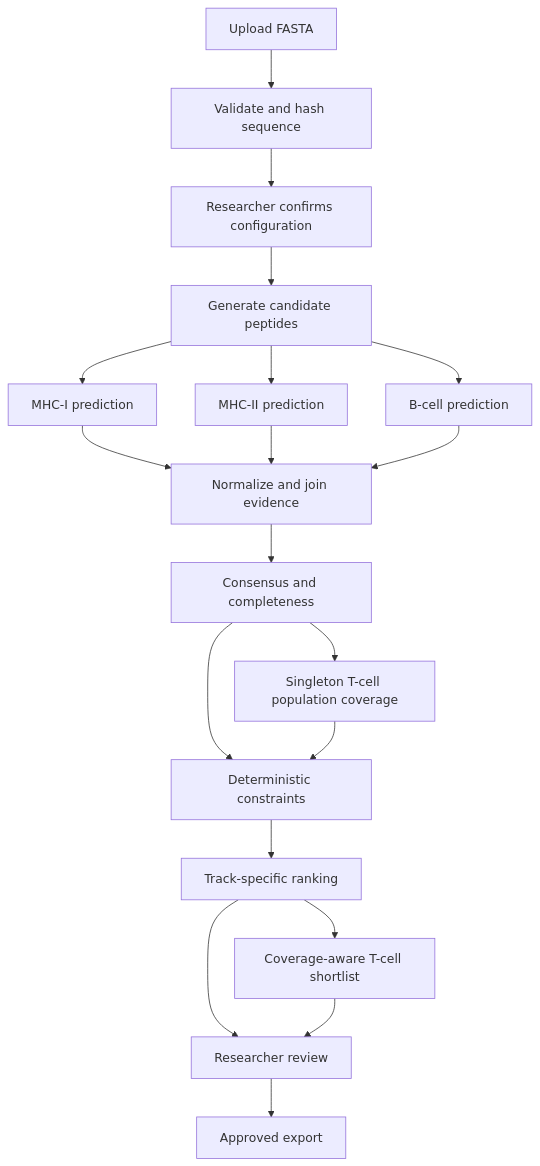
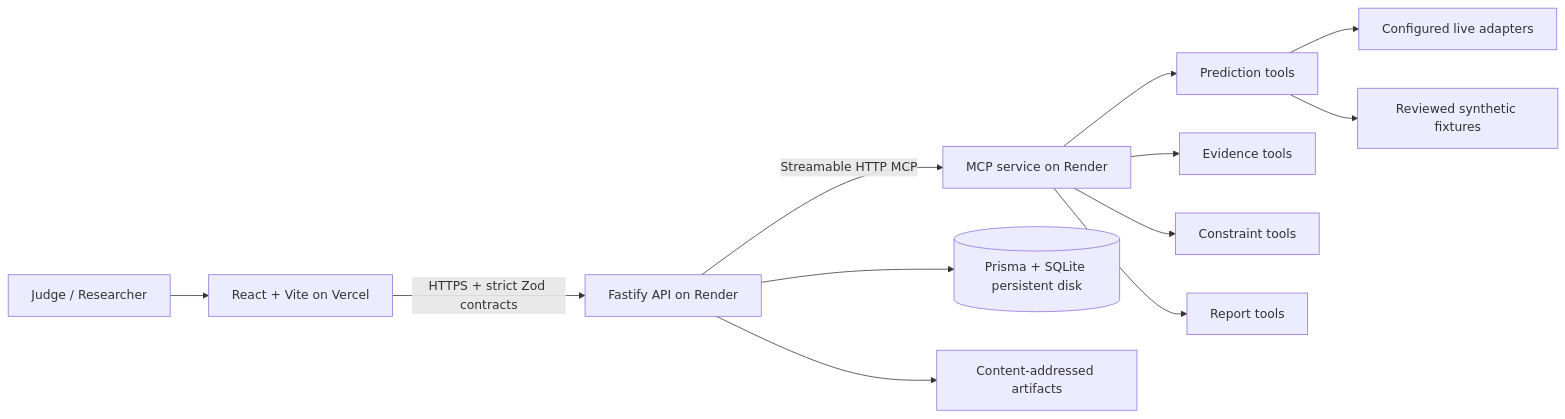
One commit to 9059Rohith/immuno-graph changed the diagram in README.md. Above: the diagram before and after it, drawn with Mermaid. The commit also changed other lines of this file and 17 other files, not shown here.

````diff
--- a/README.md
+++ b/README.md
@@ -83,21 +58,14 @@
 ```mermaid
-flowchart TD
-    A[Upload FASTA] --> B[Validate and hash sequence]
-    B --> C[Researcher confirms configuration]
-    C --> D[Generate candidate peptides]
-    D --> E1[MHC-I prediction]
-    D --> E2[MHC-II prediction]
-    D --> E3[B-cell prediction]
-    E1 --> F[Normalize and join evidence]
-    E2 --> F
-    E3 --> F
-    F --> G[Consensus and completeness]
-    G --> COV[Singleton T-cell population coverage]
-    G --> H[Deterministic constraints]
-    COV --> H
-    H --> I[Track-specific ranking]
-    I --> OPT[Coverage-aware T-cell shortlist]
-    I --> J[Researcher review]
-    OPT --> J
-    J --> K[Approved export]
+flowchart LR
+    J[Judge / Researcher] --> W[React + Vite on Vercel]
+    W -->|HTTPS + strict Zod contracts| A[Fastify API on Render]
+    A -->|Streamable HTTP MCP| M[MCP service on Render]
+    A --> D[(Prisma + SQLite persistent disk)]
+    A --> R[Content-addressed artifacts]
+    M --> P[Prediction tools]
+    M --> E[Evidence tools]
+    M --> C[Constraint tools]
+    M --> G[Report tools]
+    P --> L[Configured live adapters]
+    P --> F[Reviewed synthetic fixtures]
 ```
````
